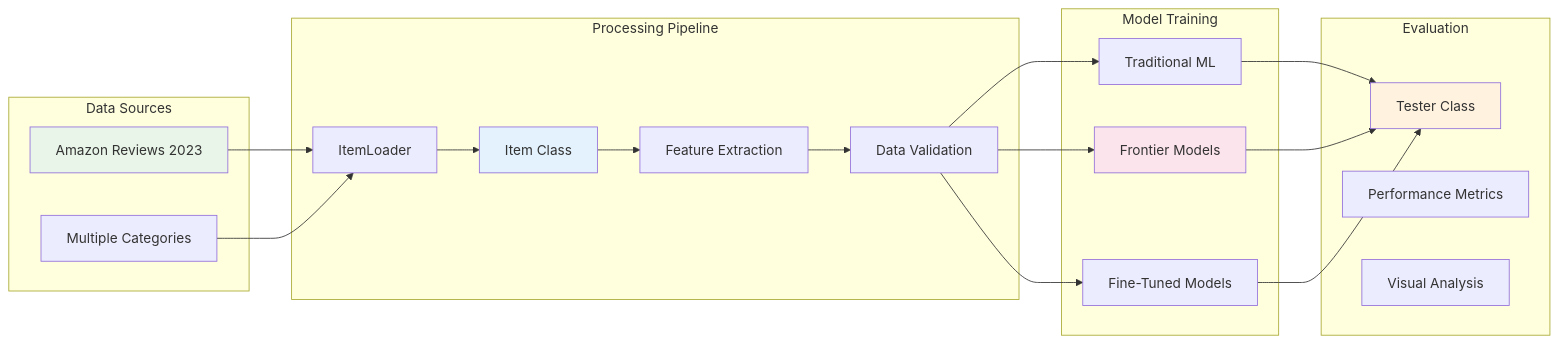
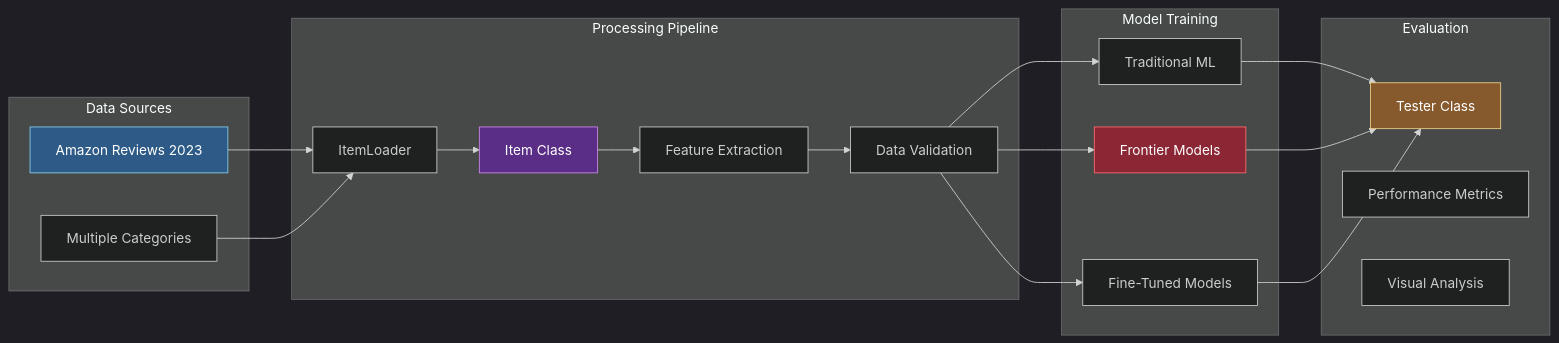
Before and after one commit to Jai-Keshav-Sharma/LLM-Engineering: the second of 7 diagrams in 6_fine_tuning_frontier/README.md, drawn with Mermaid. The commit also changed other lines of this file, not shown here.

````diff
--- a/6_fine_tuning_frontier/README.md
+++ b/6_fine_tuning_frontier/README.md
@@ -49,39 +50,40 @@
 ```mermaid
+%%{init: {'theme':'dark'}}%%
 graph LR
     subgraph "Data Sources"
         A1[Amazon Reviews 2023]
         A2[Multiple Categories]
     end
     
     subgraph "Processing Pipeline"
         B1[ItemLoader] --> B2[Item Class]
         B2 --> B3[Feature Extraction]
         B3 --> B4[Data Validation]
     end
     
     subgraph "Model Training"
         C1[Traditional ML]
         C2[Frontier Models]
         C3[Fine-Tuned Models]
     end
     
     subgraph "Evaluation"
         D1[Tester Class]
         D2[Performance Metrics]
         D3[Visual Analysis]
     end
     
     A1 --> B1
     A2 --> B1
     B4 --> C1
     B4 --> C2
     B4 --> C3
     C1 --> D1
     C2 --> D1
     C3 --> D1
     
-    style A1 fill:#e8f5e8
-    style B2 fill:#e3f2fd
-    style C2 fill:#fce4ec
-    style D1 fill:#fff3e0
+    style A1 fill:#2d5a87,stroke:#87ceeb,color:#fff
+    style B2 fill:#5a2d87,stroke:#ce87eb,color:#fff
+    style C2 fill:#8b2635,stroke:#ff6b6b,color:#fff
+    style D1 fill:#875a2d,stroke:#ebce87,color:#fff
 ```
````
